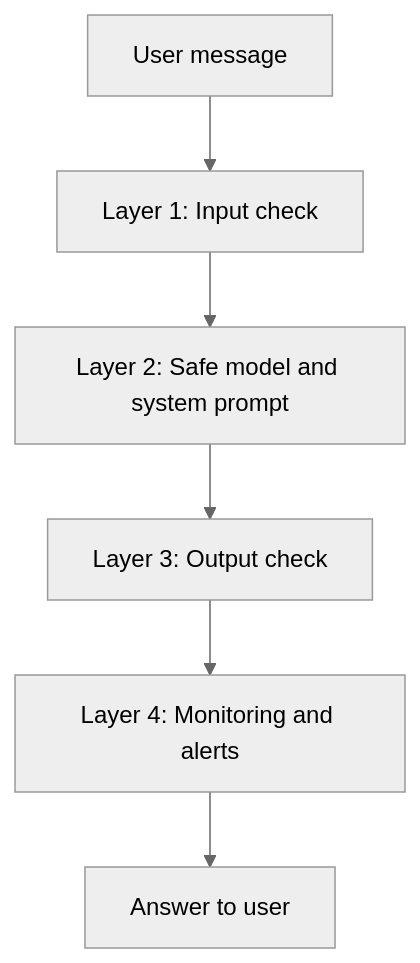
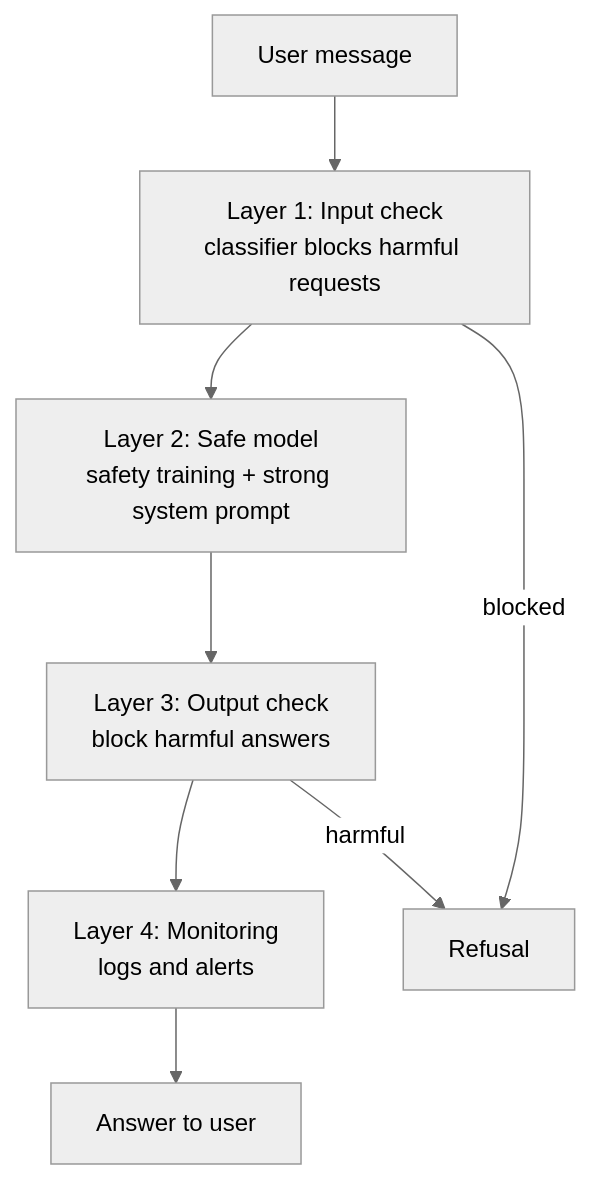
One commit to kaisarnajar/outcome-school-blogs changed the first of 2 diagrams in notes/step-14-ai-safety-and-security/171-jailbreaking-in-llms.md. Above: the diagram before and after it, drawn with Mermaid (neutral theme). The commit also changed other lines of this file and 233 other files, not shown here.

````diff
--- a/notes/step-14-ai-safety-and-security/171-jailbreaking-in-llms.md
+++ b/notes/step-14-ai-safety-and-security/171-jailbreaking-in-llms.md
@@ -53,8 +88,10 @@
 ```mermaid
 flowchart TD
-    U["User message"] --> L1["Layer 1: Input check"]
-    L1 --> L2["Layer 2: Safe model and system prompt"]
-    L2 --> L3["Layer 3: Output check"]
-    L3 --> L4["Layer 4: Monitoring and alerts"]
-    L4 --> A["Answer to user"]
+    U1["User message"] --> L1["Layer 1: Input check<br/>classifier blocks harmful requests"]
+    L1 --> L2["Layer 2: Safe model<br/>safety training + strong system prompt"]
+    L2 --> L3["Layer 3: Output check<br/>block harmful answers"]
+    L3 --> L4["Layer 4: Monitoring<br/>logs and alerts"]
+    L4 --> A1["Answer to user"]
+    L1 -->|"blocked"| R1["Refusal"]
+    L3 -->|"harmful"| R1
 ```
````
